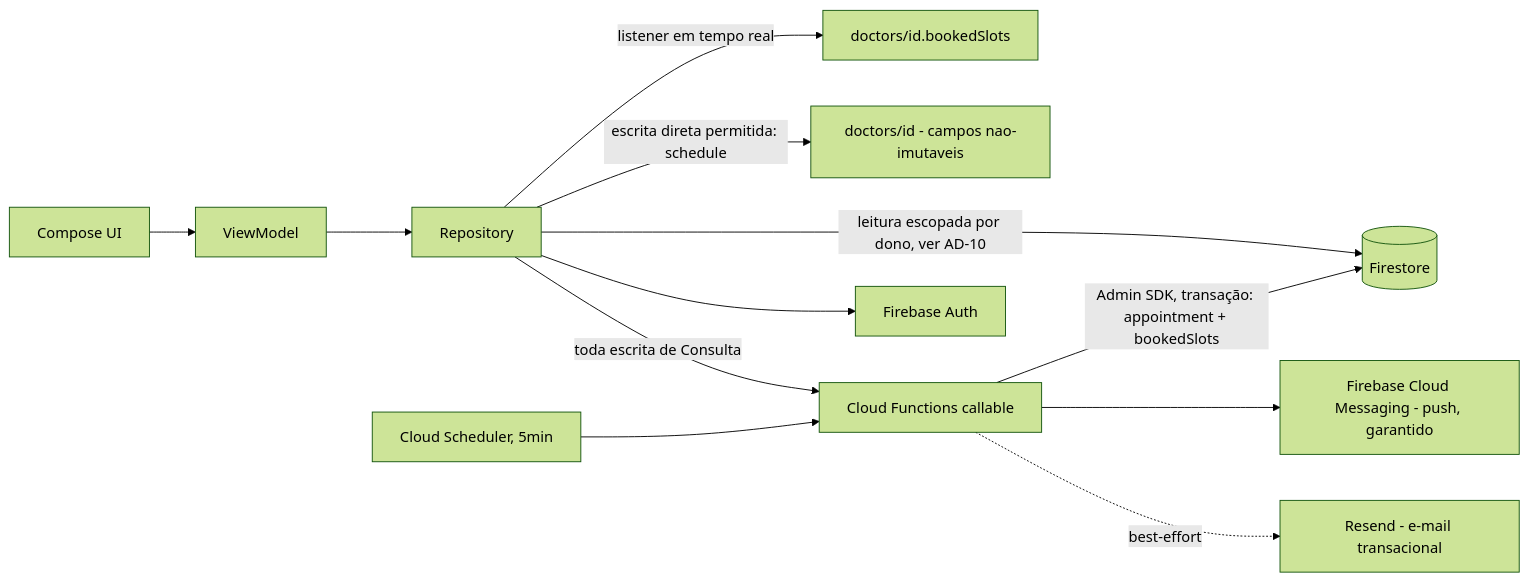
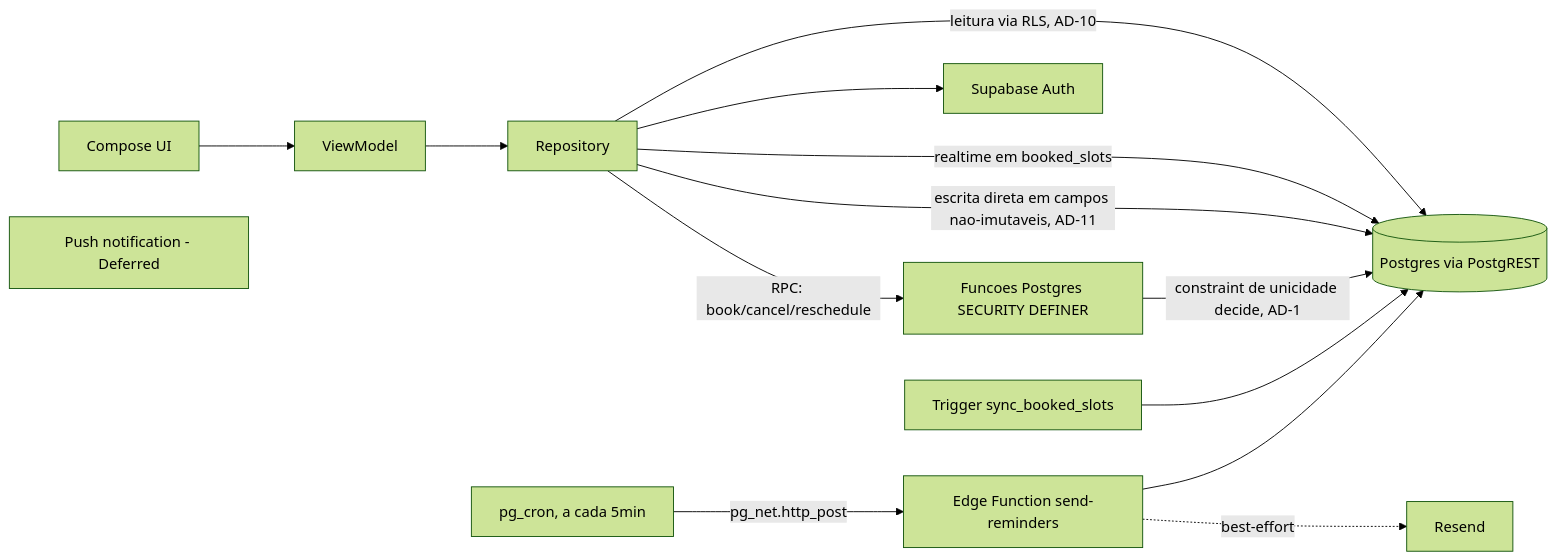
The first of 3 diagrams in _bmad-output/planning-artifacts/architecture/architecture-AgendaMedica-2026-09-17/ARCHITECTURE-SPINE.md (mauriciomayer/AgendaMedica), drawn with Mermaid (forest theme) before and after one commit. The commit also changed other lines of this file and 5 other files, not shown here.

````diff
--- a/_bmad-output/planning-artifacts/architecture/architecture-AgendaMedica-2026-09-17/ARCHITECTURE-SPINE.md
+++ b/_bmad-output/planning-artifacts/architecture/architecture-AgendaMedica-2026-09-17/ARCHITECTURE-SPINE.md
@@ -98,14 +100,16 @@
 ```mermaid
 graph LR
   UI[Compose UI] --> VM[ViewModel]
   VM --> REPO[Repository]
-  REPO -->|leitura escopada por dono, ver AD-10| FS[(Firestore)]
-  REPO -->|listener em tempo real| BS[doctors/id.bookedSlots]
-  REPO -->|escrita direta permitida: schedule| DOC[doctors/id - campos nao-imutaveis]
-  REPO -->|toda escrita de Consulta| FN[Cloud Functions callable]
-  REPO --> AUTH[Firebase Auth]
-  FN -->|Admin SDK, transação: appointment + bookedSlots| FS
-  FN --> FCM[Firebase Cloud Messaging - push, garantido]
-  FN -.->|best-effort| EMAIL[Resend - e-mail transacional]
-  SCHED[Cloud Scheduler, 5min] --> FN
+  REPO -->|leitura via RLS, AD-10| PG[(Postgres via PostgREST)]
+  REPO -->|realtime em booked_slots| PG
+  REPO -->|escrita direta em campos nao-imutaveis, AD-11| PG
+  REPO -->|RPC: book/cancel/reschedule| RPCFN[Funcoes Postgres SECURITY DEFINER]
+  REPO --> AUTH[Supabase Auth]
+  RPCFN -->|constraint de unicidade decide, AD-1| PG
+  TRIG[Trigger sync_booked_slots] --> PG
+  CRON[pg_cron, a cada 5min] -->|pg_net.http_post| EDGE[Edge Function send-reminders]
+  EDGE --> PG
+  EDGE -.->|best-effort| EMAIL[Resend]
+  PUSH[Push notification - Deferred]
 ```
````
